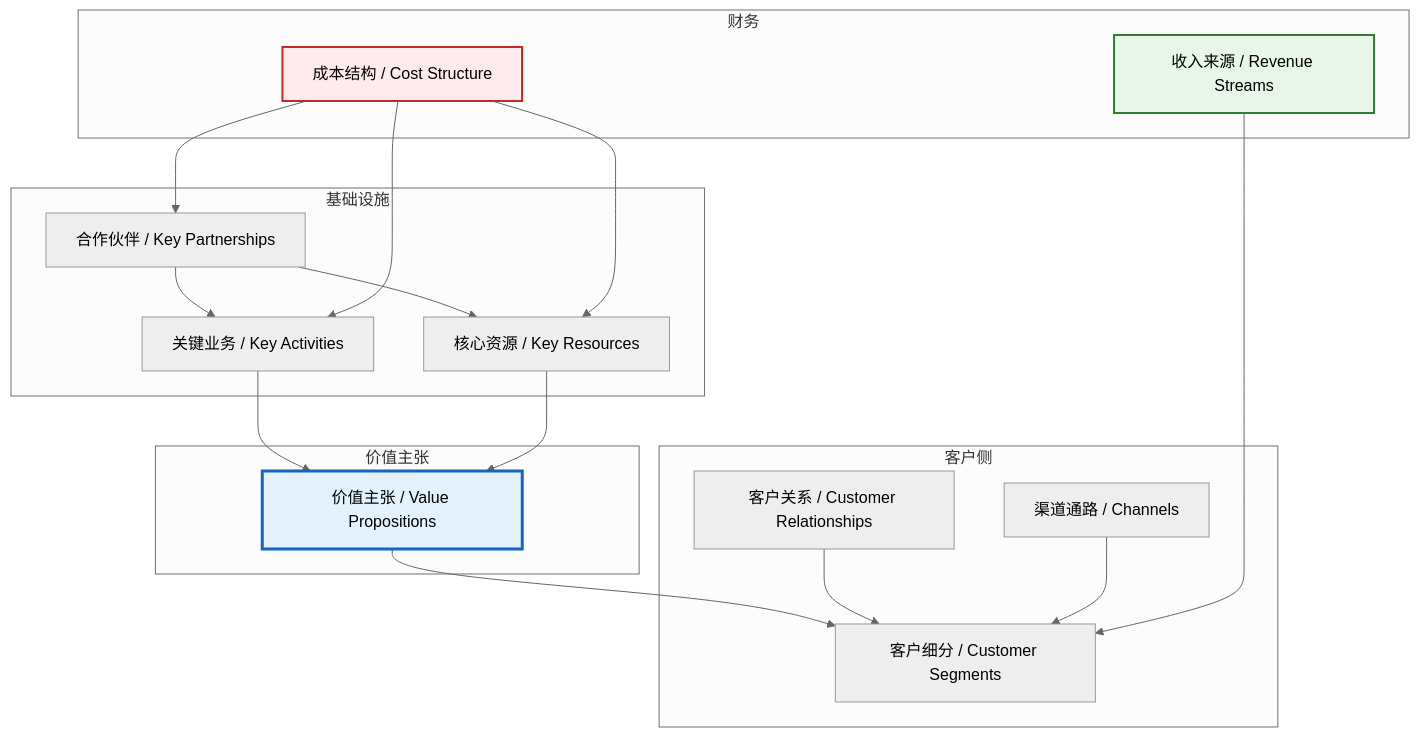
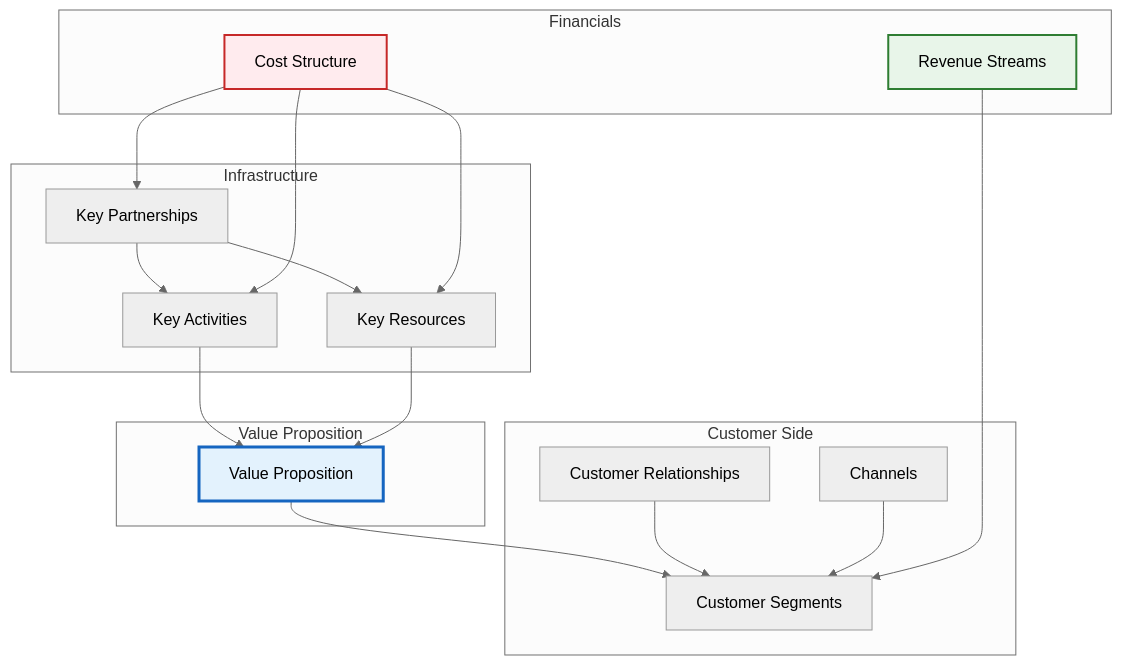
The first of 15 diagrams in templates/【模板】商业模式文档.md (Kirky-X/cangjie), drawn with Mermaid (neutral theme) before and after one commit. The commit also changed other lines of this file and 60 other files, not shown here.

````diff
--- a/templates/【模板】商业模式文档.md
+++ b/templates/【模板】商业模式文档.md
@@ -51,39 +51,39 @@
 ```mermaid
 graph TB
-    subgraph 价值主张
-        VP[价值主张 / Value Propositions]
+    subgraph Value Proposition
+        VP[Value Proposition]
     end
 
-    subgraph 客户侧
-        CS[客户细分 / Customer Segments]
-        CR[客户关系 / Customer Relationships]
-        CH[渠道通路 / Channels]
+    subgraph Customer Side
+        CS[Customer Segments]
+        CR[Customer Relationships]
+        CH[Channels]
     end
 
-    subgraph 基础设施
-        KA[关键业务 / Key Activities]
-        KR[核心资源 / Key Resources]
-        KP[合作伙伴 / Key Partnerships]
+    subgraph Infrastructure
+        KA[Key Activities]
+        KR[Key Resources]
+        KP[Key Partnerships]
     end
 
-    subgraph 财务
-        C[成本结构 / Cost Structure]
-        R[收入来源 / Revenue Streams]
+    subgraph Financials
+        C[Cost Structure]
+        R[Revenue Streams]
     end
 
     VP --> CS
     CR --> CS
     CH --> CS
     KA --> VP
     KR --> VP
     KP --> KA
     KP --> KR
     C --> KA
     C --> KR
     C --> KP
     R --> CS
 
     style VP fill:#e3f2fd,stroke:#1565c0,stroke-width:3px
     style R fill:#e8f5e9,stroke:#2e7d32,stroke-width:2px
     style C fill:#ffebee,stroke:#c62828,stroke-width:2px
 ```
````
